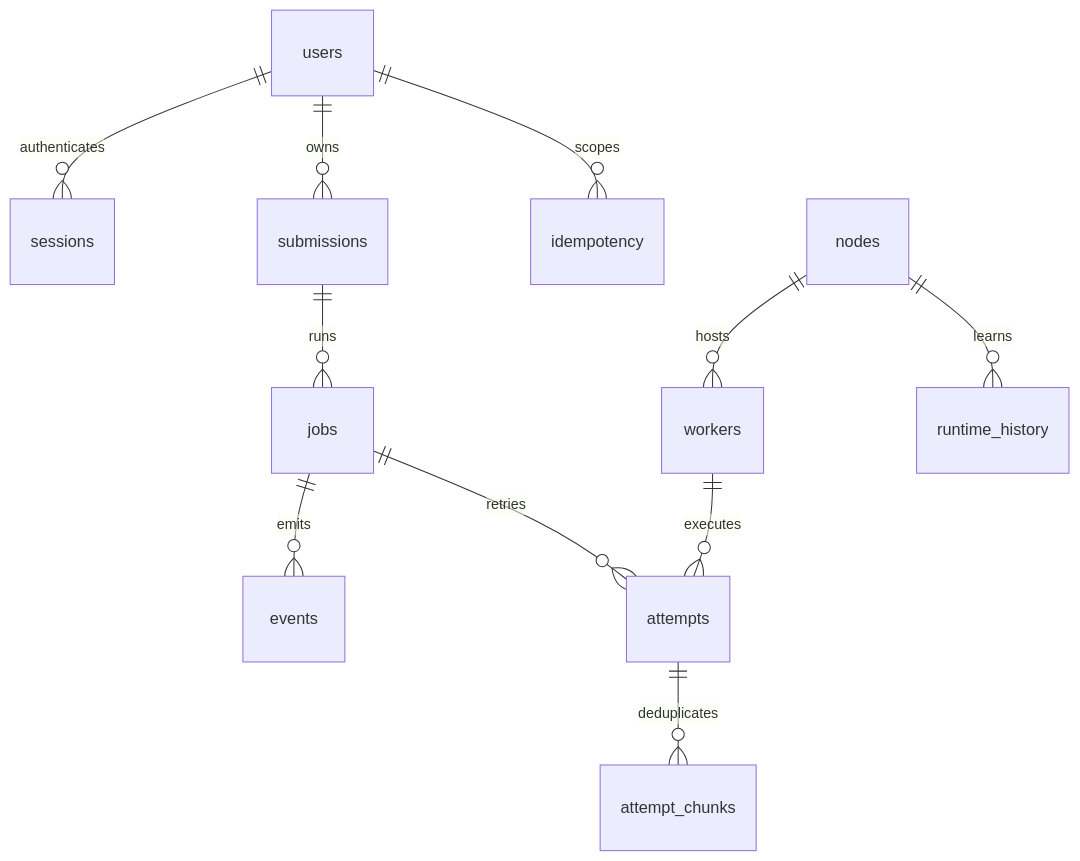
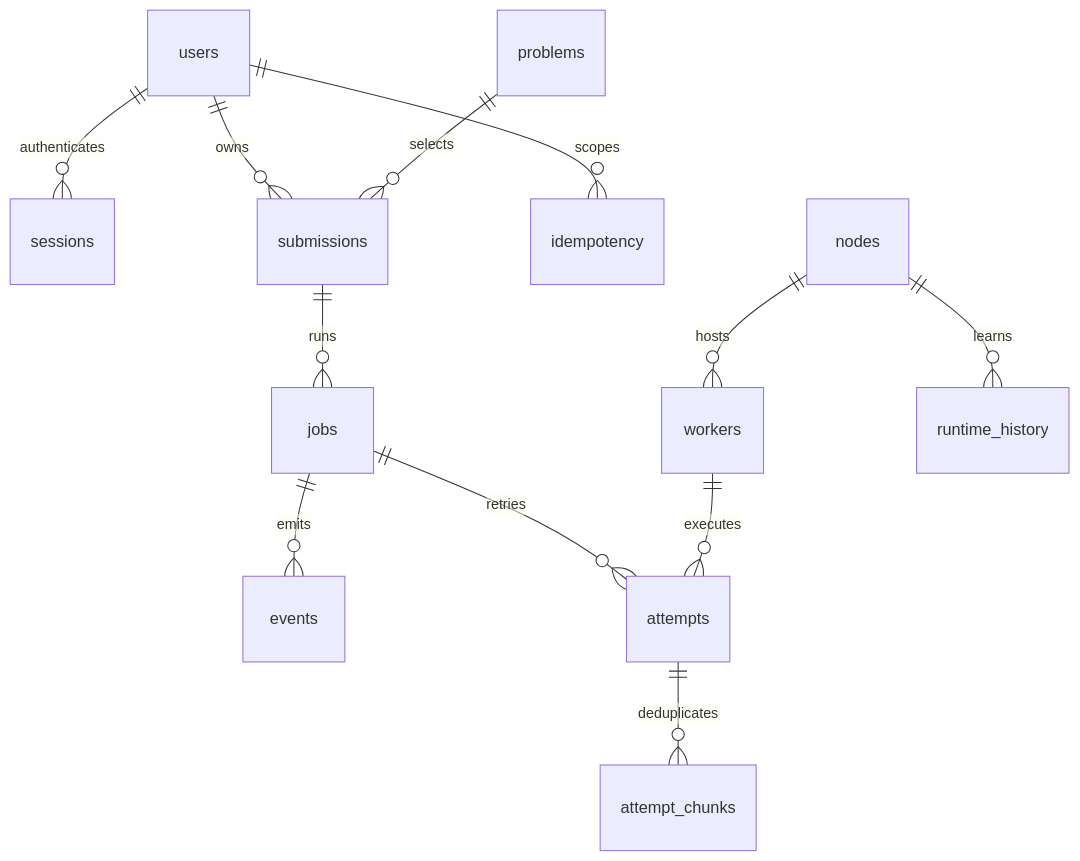
One commit to oelkhouli/local-codegrid changed the third of 3 diagrams in docs/architecture.md. Above: the diagram before and after it, drawn with Mermaid. The commit also changed other lines of this file and 12 other files, not shown here.

````diff
--- a/docs/architecture.md
+++ b/docs/architecture.md
@@ -70,13 +76,14 @@
 ```mermaid
 erDiagram
     users ||--o{ sessions : authenticates
     users ||--o{ submissions : owns
+    problems ||--o{ submissions : selects
     submissions ||--o{ jobs : runs
     users ||--o{ idempotency : scopes
     jobs ||--o{ events : emits
     jobs ||--o{ attempts : retries
     nodes ||--o{ workers : hosts
     workers ||--o{ attempts : executes
     nodes ||--o{ runtime_history : learns
     attempts ||--o{ attempt_chunks : deduplicates
 ```
````
